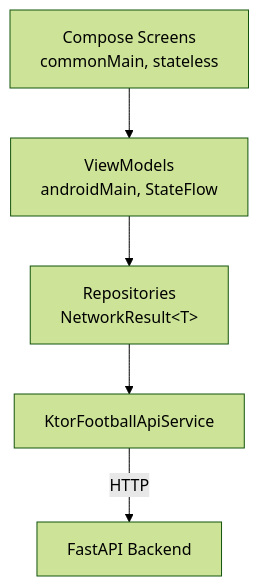
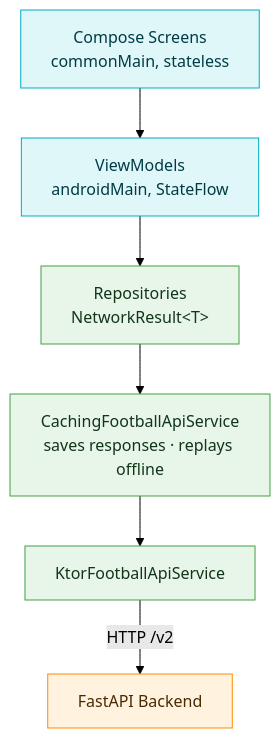
Before and after one commit to SumukhaK/football-intelligence-platform: the sixth of 6 diagrams in README.md, drawn with Mermaid (forest theme). The commit also changed other lines of this file and 31 other files, not shown here.

First line of the commit message:
docs(docs): bring every readme up to date and colour the diagrams

````diff
--- a/README.md
+++ b/README.md
@@ -188,7 +230,15 @@
 ```mermaid
 flowchart TD
     A[Compose Screens\ncommonMain, stateless] --> B[ViewModels\nandroidMain, StateFlow]
     B --> C[Repositories\nNetworkResult&lt;T&gt;]
-    C --> D[KtorFootballApiService]
-    D -- HTTP --> E[FastAPI Backend]
+    C --> X[CachingFootballApiService\nsaves responses · replays offline]
+    X --> D[KtorFootballApiService]
+    D -- "HTTP /v2" --> E[FastAPI Backend]
+
+    classDef data fill:#E8F5E9,stroke:#43A047,color:#12351A
+    classDef serve fill:#FFF3E0,stroke:#FB8C00,color:#4A2A00
+    classDef client fill:#E0F7FA,stroke:#00ACC1,color:#003B44
+    class A,B client
+    class C,X,D data
+    class E serve
 ```
````
